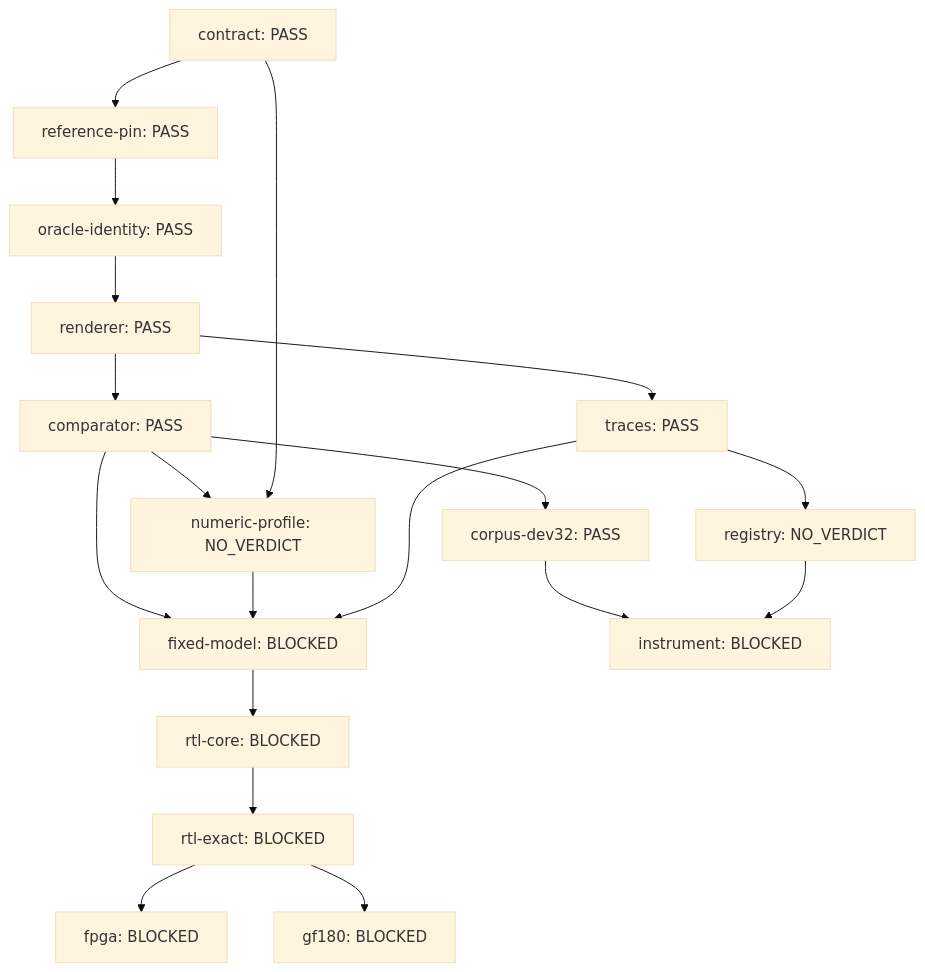
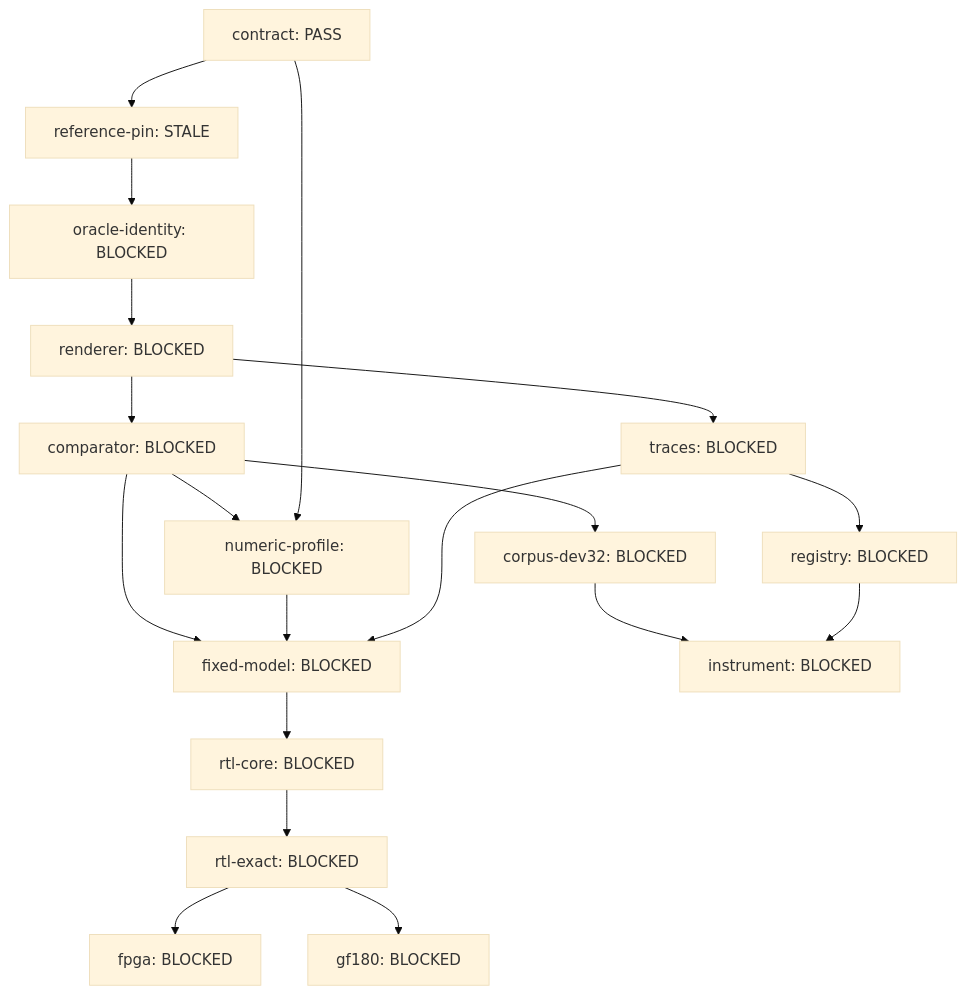
The second of 2 diagrams in README.md (2AMLogic/gf180-dx7), drawn with Mermaid (base theme) before and after one commit. The commit also changed other lines of this file and 37 other files, not shown here.

````diff
--- a/README.md
+++ b/README.md
@@ -234,36 +234,36 @@
 ```mermaid
 graph TD
-  n0["comparator: PASS"]
+  n0["comparator: BLOCKED"]
   n1["contract: PASS"]
-  n2["corpus-dev32: PASS"]
+  n2["corpus-dev32: BLOCKED"]
   n3["fixed-model: BLOCKED"]
   n4["fpga: BLOCKED"]
   n5["gf180: BLOCKED"]
   n6["instrument: BLOCKED"]
-  n7["numeric-profile: NO_VERDICT"]
-  n8["oracle-identity: PASS"]
-  n9["reference-pin: PASS"]
-  n10["registry: NO_VERDICT"]
-  n11["renderer: PASS"]
+  n7["numeric-profile: BLOCKED"]
+  n8["oracle-identity: BLOCKED"]
+  n9["reference-pin: STALE"]
+  n10["registry: BLOCKED"]
+  n11["renderer: BLOCKED"]
   n12["rtl-core: BLOCKED"]
   n13["rtl-exact: BLOCKED"]
-  n14["traces: PASS"]
+  n14["traces: BLOCKED"]
   n11 --> n0
   n0 --> n2
   n0 --> n3
   n7 --> n3
   n14 --> n3
   n13 --> n4
   n13 --> n5
   n2 --> n6
   n10 --> n6
   n0 --> n7
   n1 --> n7
   n9 --> n8
   n1 --> n9
   n14 --> n10
   n8 --> n11
   n3 --> n12
   n12 --> n13
   n11 --> n14
 ```
````
